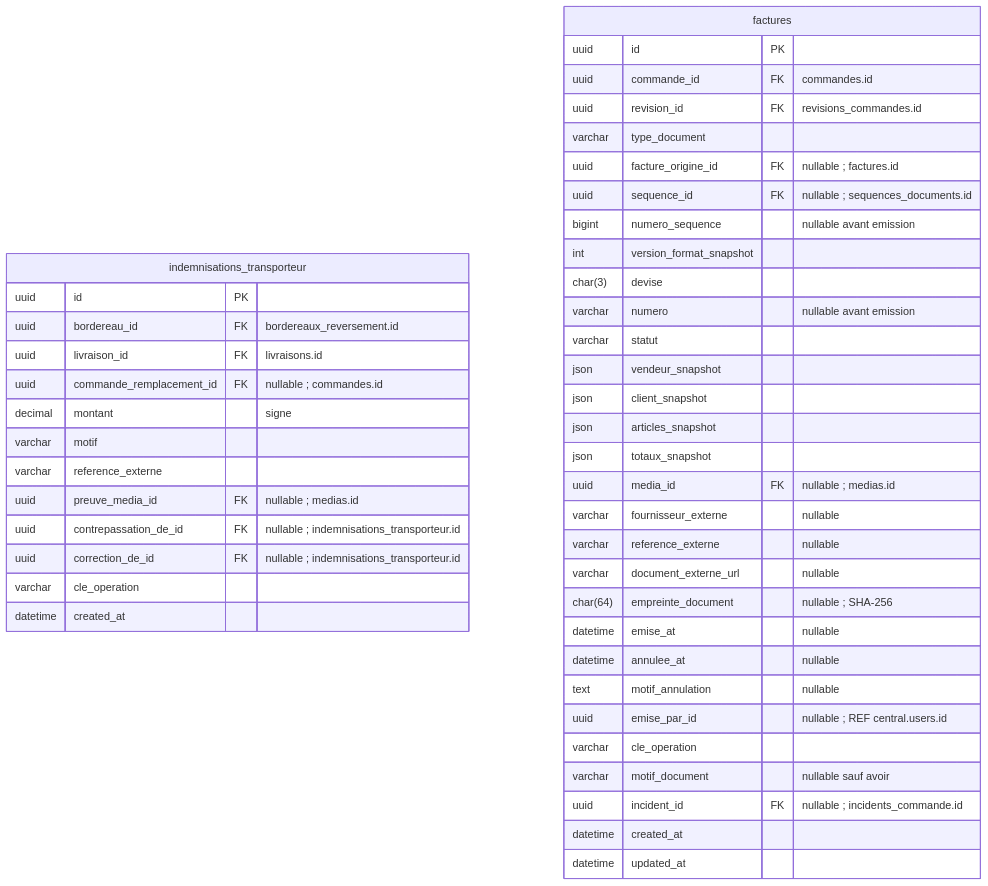
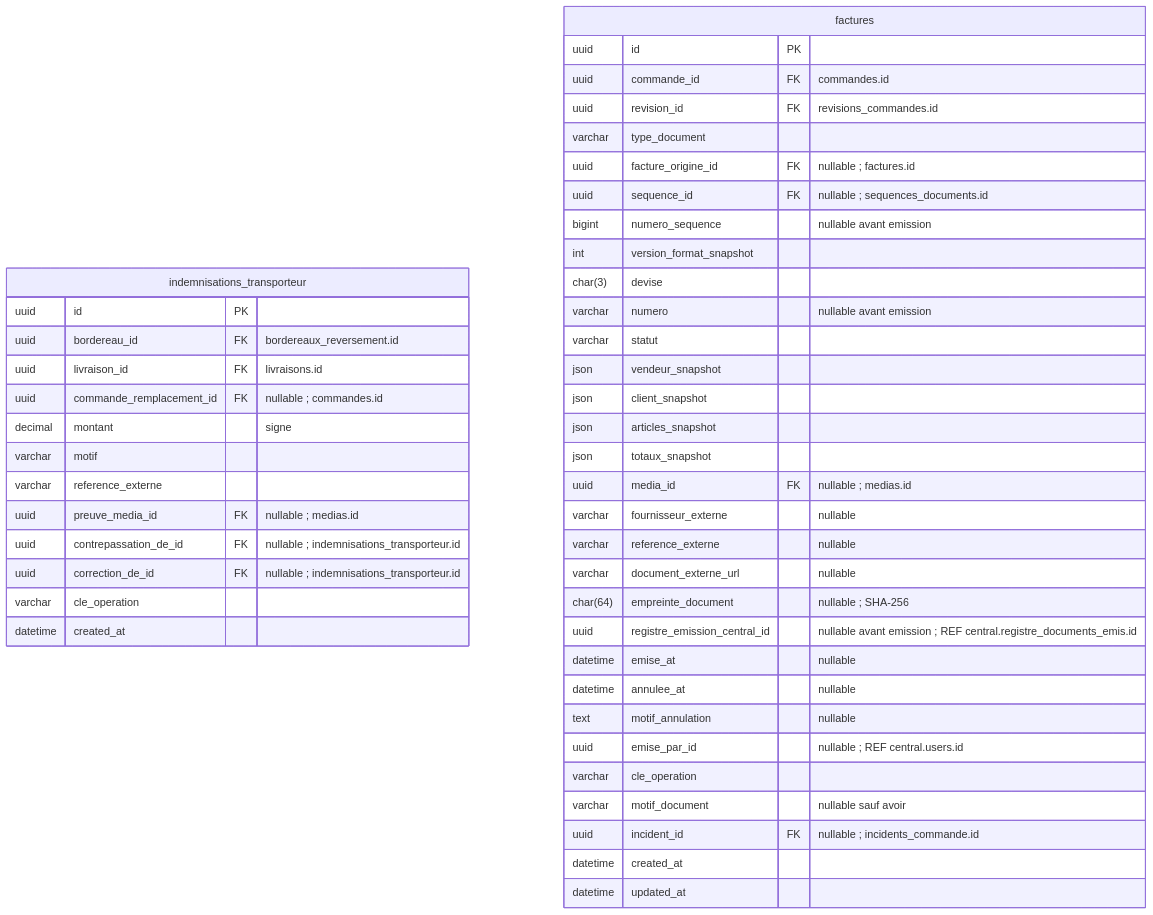
Diagram 31 of 37 in Schema-BDD-SaaS-Ecommerce-UUID.md (unitealfa/saas-ecom), drawn with Mermaid before and after one commit. The commit also changed other lines of this file, not shown here.

````diff
--- a/Schema-BDD-SaaS-Ecommerce-UUID.md
+++ b/Schema-BDD-SaaS-Ecommerce-UUID.md
@@ -2362,49 +2427,50 @@
 ```mermaid
 erDiagram
     direction TB
     indemnisations_transporteur {
         uuid id PK
         uuid bordereau_id FK "bordereaux_reversement.id"
         uuid livraison_id FK "livraisons.id"
         uuid commande_remplacement_id FK "nullable ; commandes.id"
         decimal montant "signe"
         varchar motif
         varchar reference_externe
         uuid preuve_media_id FK "nullable ; medias.id"
         uuid contrepassation_de_id FK "nullable ; indemnisations_transporteur.id"
         uuid correction_de_id FK "nullable ; indemnisations_transporteur.id"
         varchar cle_operation
         datetime created_at
     }
     factures {
         uuid id PK
         uuid commande_id FK "commandes.id"
         uuid revision_id FK "revisions_commandes.id"
         varchar type_document
         uuid facture_origine_id FK "nullable ; factures.id"
         uuid sequence_id FK "nullable ; sequences_documents.id"
         bigint numero_sequence "nullable avant emission"
         int version_format_snapshot
         char(3) devise
         varchar numero "nullable avant emission"
         varchar statut
         json vendeur_snapshot
         json client_snapshot
         json articles_snapshot
         json totaux_snapshot
         uuid media_id FK "nullable ; medias.id"
         varchar fournisseur_externe "nullable"
         varchar reference_externe "nullable"
         varchar document_externe_url "nullable"
         char(64) empreinte_document "nullable ; SHA-256"
+        uuid registre_emission_central_id "nullable avant emission ; REF central.registre_documents_emis.id"
         datetime emise_at "nullable"
         datetime annulee_at "nullable"
         text motif_annulation "nullable"
         uuid emise_par_id "nullable ; REF central.users.id"
         varchar cle_operation
         varchar motif_document "nullable sauf avoir"
         uuid incident_id FK "nullable ; incidents_commande.id"
         datetime created_at
         datetime updated_at
     }
 ```
````
